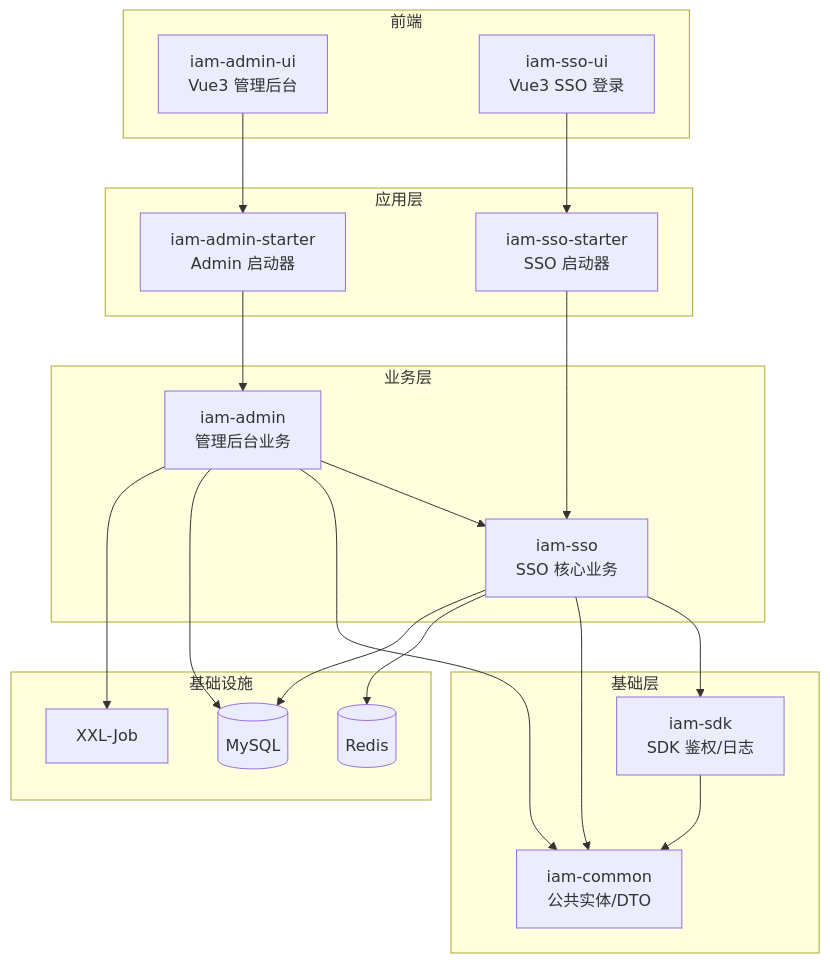
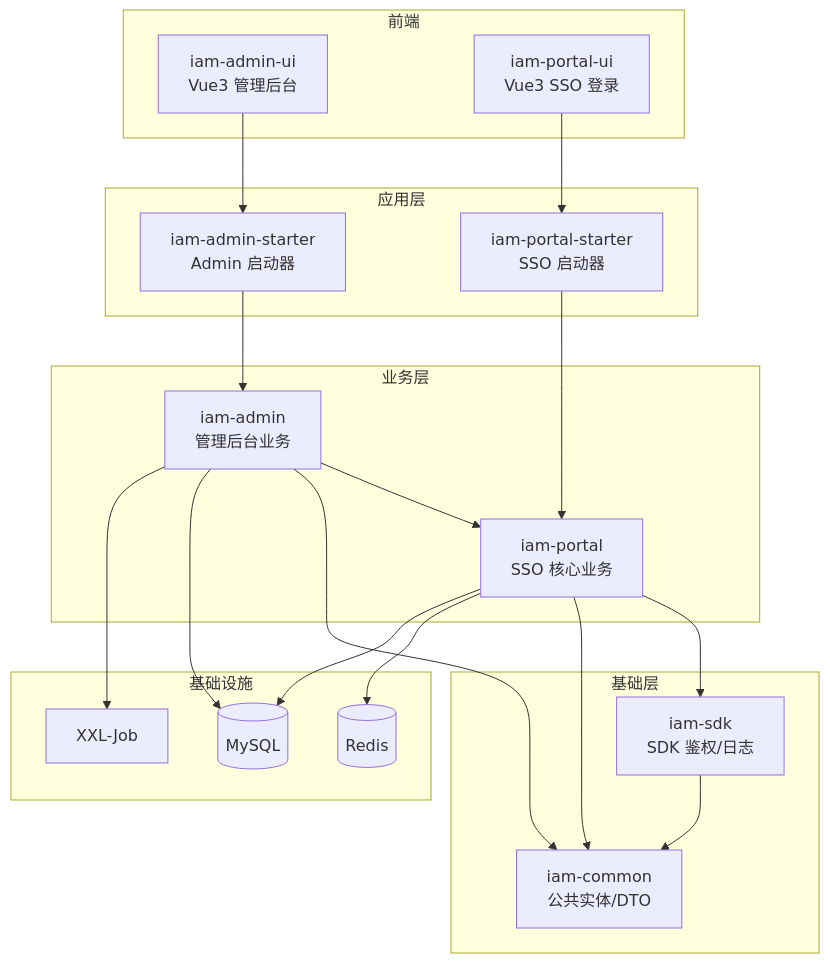
The diagram in docs/living-docs-technical/architecture/overview.md (shrimp-group/sh-iam), drawn with Mermaid before and after one commit. The commit also changed 32 other files, not shown here.

````diff
--- a/docs/living-docs-technical/architecture/overview.md
+++ b/docs/living-docs-technical/architecture/overview.md
@@ -5,42 +5,42 @@
 ```mermaid
 graph TB
     subgraph 前端
         AdminUI[iam-admin-ui<br/>Vue3 管理后台]
-        SsoUI[iam-sso-ui<br/>Vue3 SSO 登录]
+        SsoUI[iam-portal-ui<br/>Vue3 SSO 登录]
     end
 
     subgraph 应用层
         AdminStarter[iam-admin-starter<br/>Admin 启动器]
-        SsoStarter[iam-sso-starter<br/>SSO 启动器]
+        SsoStarter[iam-portal-starter<br/>SSO 启动器]
     end
 
     subgraph 业务层
         Admin[iam-admin<br/>管理后台业务]
-        Sso[iam-sso<br/>SSO 核心业务]
+        Sso[iam-portal<br/>SSO 核心业务]
     end
 
     subgraph 基础层
         Sdk[iam-sdk<br/>SDK 鉴权/日志]
         Common[iam-common<br/>公共实体/DTO]
     end
 
     subgraph 基础设施
         Redis[(Redis)]
         MySQL[(MySQL)]
         XXLJob[XXL-Job]
     end
 
     AdminUI --> AdminStarter
     SsoUI --> SsoStarter
     AdminStarter --> Admin
     SsoStarter --> Sso
     Admin --> Sso
     Sso --> Sdk
     Sso --> Common
     Admin --> Common
     Sdk --> Common
     Sso --> Redis
     Sso --> MySQL
     Admin --> MySQL
     Admin --> XXLJob
 ```
````
